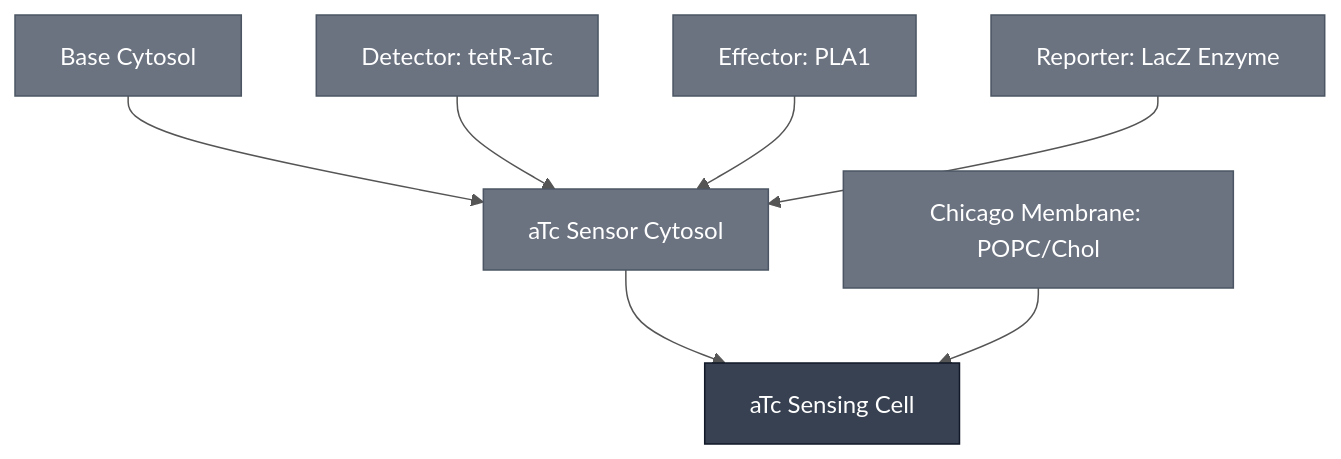
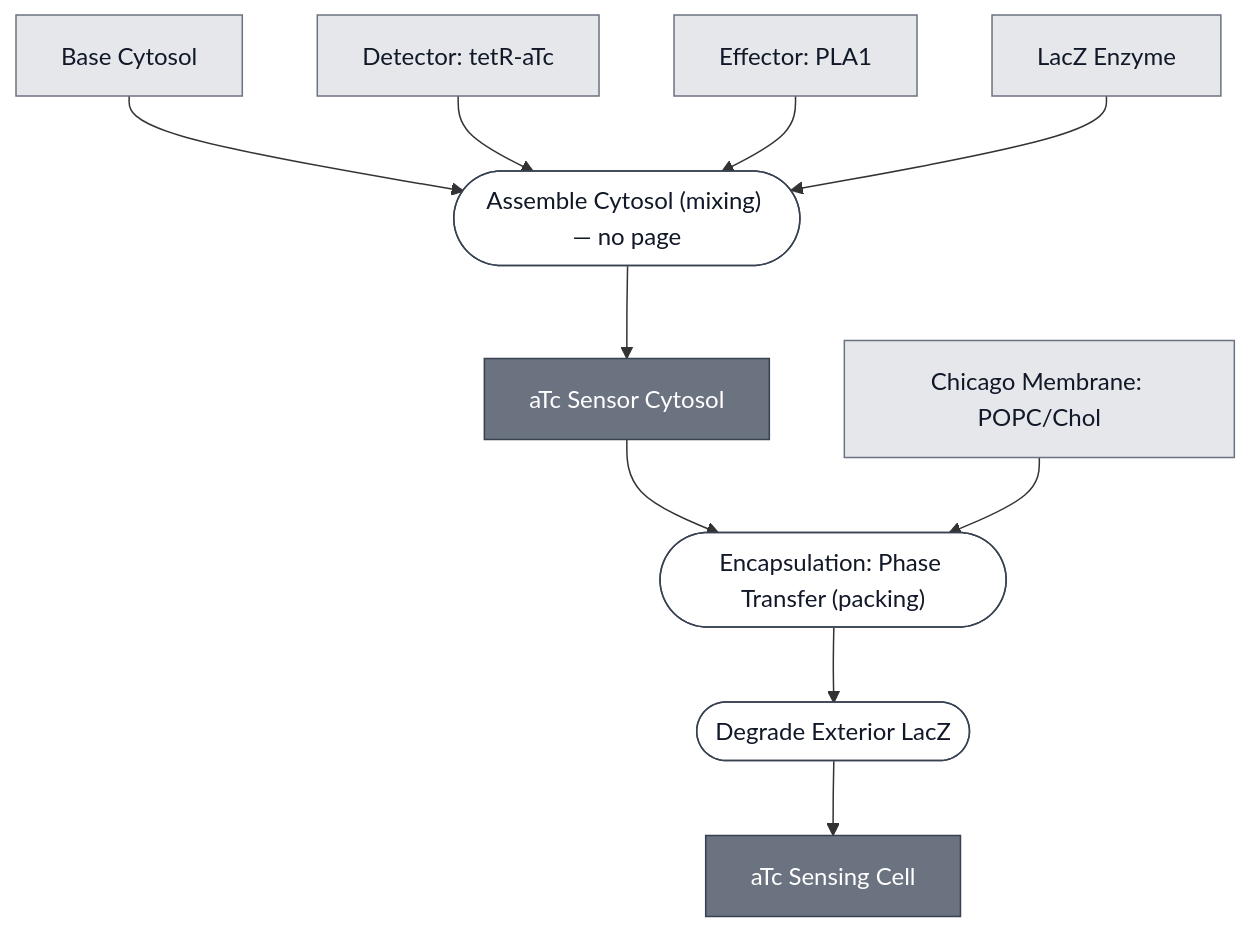
Before and after one commit to nucleus-eng/nucleus-docs: the diagram in docs/modules/atc-sensing-cell/spec.md, drawn with Mermaid. The commit also changed 11 other files, not shown here.

First line of the commit message:
Give the six Chicago path modules composition sources

````diff
--- a/docs/modules/atc-sensing-cell/spec.md
+++ b/docs/modules/atc-sensing-cell/spec.md
@@ -33,31 +33,43 @@
 ```mermaid
-%%{init: {'theme': 'base', 'themeVariables': {'lineColor': '#555555', 'edgeLabelBackground': '#ffffff'}}}%%
 flowchart TD
-    ATC_SENSING_CELL["aTc Sensing Cell"]
-    ATC_SENSOR_CYTOSOL["aTc Sensor Cytosol"]
     BASE_CYTOSOL["Base Cytosol"]
     DETECTOR_TETR_ATC["Detector: tetR-aTc"]
     EFFECTOR_PLA1["Effector: PLA1"]
-    MEMBRANE_POPC_CHOL_CHICAGO["Chicago Membrane: POPC/Chol"]
-    REPORTER_LACZ_ENZYME["Reporter: LacZ Enzyme"]
+    REPORTER_LACZ_ENZYME["LacZ Enzyme"]
+    MEMBRANE_CHICAGO["Chicago Membrane: POPC/Chol"]
 
-    ATC_SENSOR_CYTOSOL --> ATC_SENSING_CELL
-    MEMBRANE_POPC_CHOL_CHICAGO --> ATC_SENSING_CELL
-    BASE_CYTOSOL --> ATC_SENSOR_CYTOSOL
-    DETECTOR_TETR_ATC --> ATC_SENSOR_CYTOSOL
-    EFFECTOR_PLA1 --> ATC_SENSOR_CYTOSOL
-    REPORTER_LACZ_ENZYME --> ATC_SENSOR_CYTOSOL
+    P1_ASSEMBLE_CYTOSOL_0(["Assemble Cytosol (mixing) — no page"])
+    ATC_SENSOR_CYTOSOL["aTc Sensor Cytosol"]
+    P2_ENCAPSULATE_0(["Encapsulation: Phase Transfer (packing)"])
+    P2_ENCAPSULATE_1(["Degrade Exterior LacZ"])
+    ATC_SENSING_CELL["aTc Sensing Cell"]
 
-    classDef constituent fill:#6B7280,color:#ffffff,stroke:#4B5563;
-    classDef this fill:#374151,color:#ffffff,stroke:#111827;
-    class ATC_SENSOR_CYTOSOL,BASE_CYTOSOL,DETECTOR_TETR_ATC,EFFECTOR_PLA1,MEMBRANE_POPC_CHOL_CHICAGO,REPORTER_LACZ_ENZYME constituent;
-    class ATC_SENSING_CELL this;
+    BASE_CYTOSOL --> P1_ASSEMBLE_CYTOSOL_0
+    DETECTOR_TETR_ATC --> P1_ASSEMBLE_CYTOSOL_0
+    EFFECTOR_PLA1 --> P1_ASSEMBLE_CYTOSOL_0
+    REPORTER_LACZ_ENZYME --> P1_ASSEMBLE_CYTOSOL_0
+    P1_ASSEMBLE_CYTOSOL_0 --> ATC_SENSOR_CYTOSOL
 
-    click ATC_SENSING_CELL "/docs/modules/atc-sensing-cell/spec"
-    click ATC_SENSOR_CYTOSOL "/docs/modules/atc-sensor-cytosol/spec"
+    ATC_SENSOR_CYTOSOL --> P2_ENCAPSULATE_0
+    MEMBRANE_CHICAGO --> P2_ENCAPSULATE_0
+    P2_ENCAPSULATE_0 --> P2_ENCAPSULATE_1
+    P2_ENCAPSULATE_1 --> ATC_SENSING_CELL
+
+
+    classDef leaf     fill:#e5e7eb,stroke:#6b7280,color:#111827;
+    classDef composed fill:#6b7280,stroke:#374151,color:#ffffff;
+    classDef process  fill:#ffffff,stroke:#374151,color:#111827;
+    class BASE_CYTOSOL,DETECTOR_TETR_ATC,EFFECTOR_PLA1,REPORTER_LACZ_ENZYME,MEMBRANE_CHICAGO leaf;
+    class ATC_SENSOR_CYTOSOL,ATC_SENSING_CELL composed;
+    class P1_ASSEMBLE_CYTOSOL_0,P2_ENCAPSULATE_0,P2_ENCAPSULATE_1 process;
+
     click BASE_CYTOSOL "/docs/modules/base-cytosol/spec"
     click DETECTOR_TETR_ATC "/docs/modules/detector-tetr-atc/spec"
     click EFFECTOR_PLA1 "/docs/modules/effector-pla1/spec"
-    click MEMBRANE_POPC_CHOL_CHICAGO "/docs/modules/membrane-popc-chol-chicago/spec"
     click REPORTER_LACZ_ENZYME "/docs/modules/reporter-lacz-enzyme/spec"
+    click MEMBRANE_CHICAGO "/docs/modules/membrane-popc-chol-chicago/spec"
+    click ATC_SENSOR_CYTOSOL "/docs/modules/atc-sensor-cytosol/spec"
+    click P2_ENCAPSULATE_0 "/docs/processes/assemble-base-cell/main"
+    click P2_ENCAPSULATE_1 "/docs/processes/degrade-exterior-lacz/main"
+    click ATC_SENSING_CELL "/docs/modules/atc-sensing-cell/spec"
 ```
````
